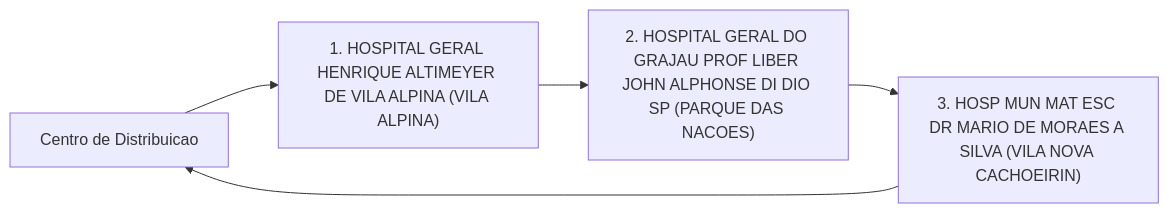
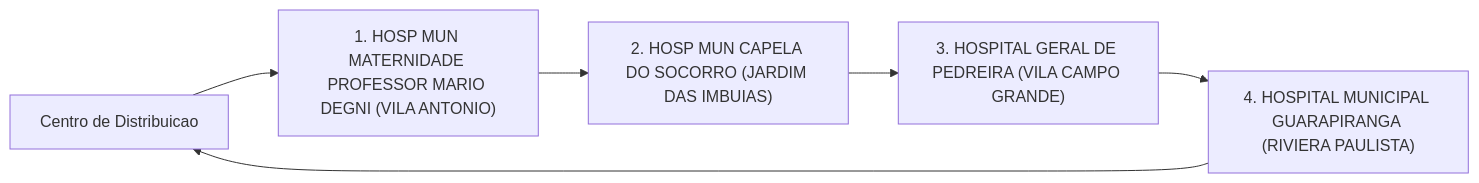
The eighth of 11 diagrams in tsp/output/instrucoes_motoristas.md (victorldomingues/pos_fiap_ia_fase2_tech_challenge), drawn with Mermaid before and after one commit. The commit also changed other lines of this file and 6 other files, not shown here.

````diff
--- a/tsp/output/instrucoes_motoristas.md
+++ b/tsp/output/instrucoes_motoristas.md
@@ -508,11 +513,13 @@
 ```mermaid
 flowchart LR
     deposito["Centro de Distribuicao"]
-    parada_1["1. HOSPITAL GERAL HENRIQUE ALTIMEYER DE VILA ALPINA (VILA ALPINA)"]
+    parada_1["1. HOSP MUN MATERNIDADE PROFESSOR MARIO DEGNI (VILA ANTONIO)"]
     deposito --> parada_1
-    parada_2["2. HOSPITAL GERAL DO GRAJAU PROF LIBER JOHN ALPHONSE DI DIO SP (PARQUE DAS NACOES)"]
+    parada_2["2. HOSP MUN CAPELA DO SOCORRO (JARDIM DAS IMBUIAS)"]
     parada_1 --> parada_2
-    parada_3["3. HOSP MUN MAT ESC DR MARIO DE MORAES A SILVA (VILA NOVA CACHOEIRIN)"]
+    parada_3["3. HOSPITAL GERAL DE PEDREIRA (VILA CAMPO GRANDE)"]
     parada_2 --> parada_3
-    parada_3 --> deposito
+    parada_4["4. HOSPITAL MUNICIPAL GUARAPIRANGA (RIVIERA PAULISTA)"]
+    parada_3 --> parada_4
+    parada_4 --> deposito
 ```
````
